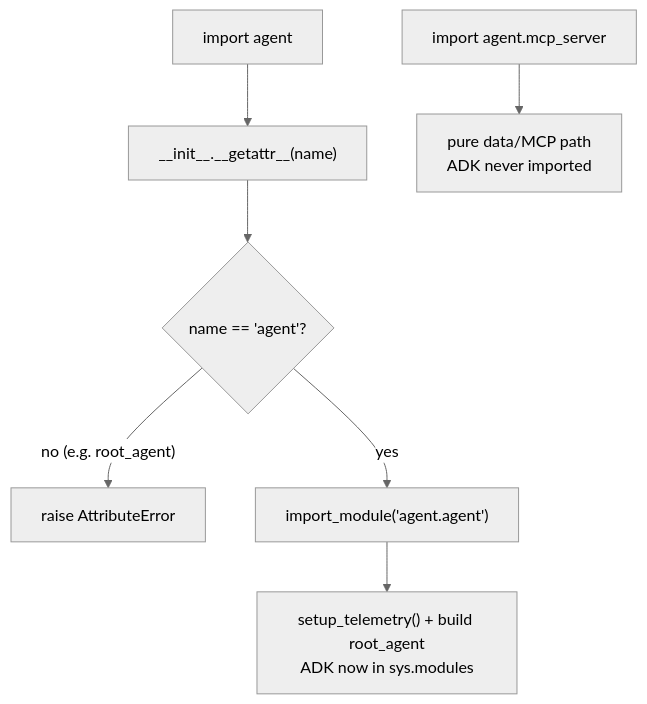
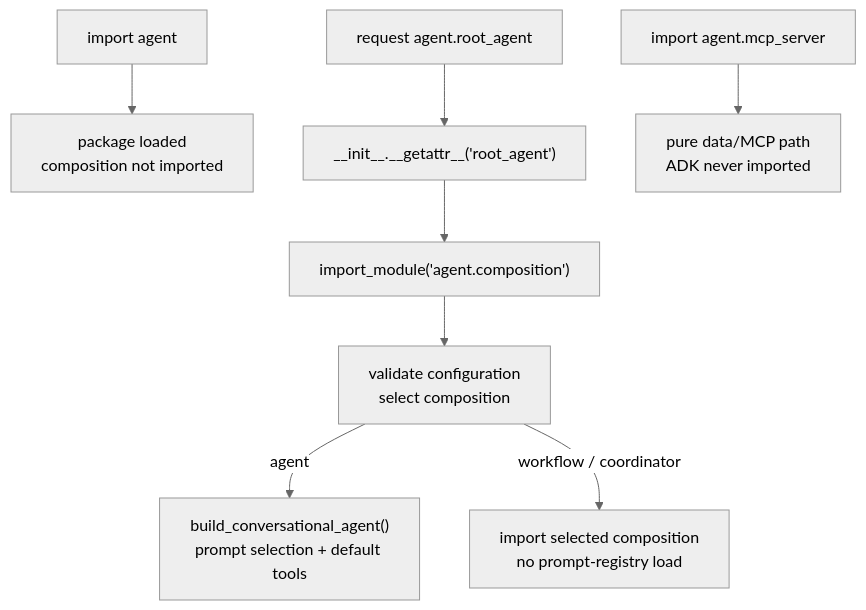
Before and after one commit to LuiGGi629/agentops-open-course: the first of 2 diagrams in docs/3. Capabilities/3.0. Packaging.md, drawn with Mermaid (neutral theme). The commit also changed other lines of this file and 121 other files, not shown here.

````diff
--- a/docs/3. Capabilities/3.0. Packaging.md
+++ b/docs/3. Capabilities/3.0. Packaging.md
@@ -125,9 +124,10 @@
 ```mermaid
 flowchart TD
-    A["import agent"] --> G["__init__.__getattr__(name)"]
-    G --> C{"name == 'agent'?"}
-    C -->|"no (e.g. root_agent)"| E["raise AttributeError"]
-    C -->|"yes"| D["import_module('agent.agent')"]
-    D --> S["setup_telemetry() + build root_agent<br/>ADK now in sys.modules"]
-    M["import agent.mcp_server"] --> P["pure data/MCP path<br/>ADK never imported"]
+    A["import agent"] --> P["package loaded<br/>composition not imported"]
+    R["request agent.root_agent"] --> G["__init__.__getattr__('root_agent')"]
+    G --> D["import_module('agent.composition')"]
+    D --> S["validate configuration<br/>select composition"]
+    S -->|"agent"| C["build_conversational_agent()<br/>prompt selection + default tools"]
+    S -->|"workflow / coordinator"| O["import selected composition<br/>no prompt-registry load"]
+    M["import agent.mcp_server"] --> Q["pure data/MCP path<br/>ADK never imported"]
 ```
````
